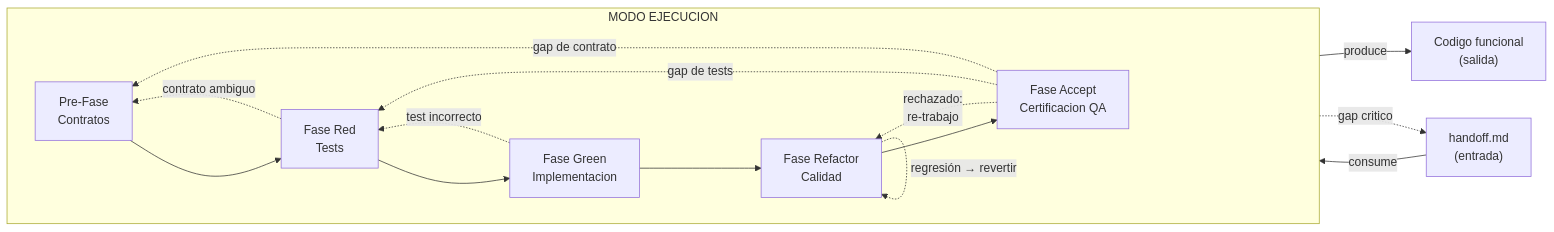
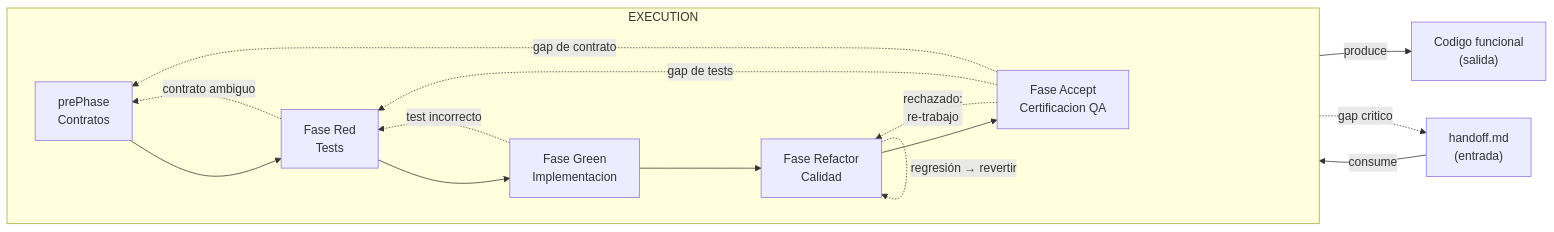
One commit to virgenherrera/idea-to-mvp changed the first of 6 diagrams in docs/execution/README.md. Above: the diagram before and after it, drawn with Mermaid. The commit also changed other lines of this file and 30 other files, not shown here.

````diff
--- a/docs/execution/README.md
+++ b/docs/execution/README.md
@@ -36,27 +48,27 @@
 ```mermaid
 flowchart LR
     HANDOFF["handoff.md\n(entrada)"]
 
-    subgraph EXEC["MODO EJECUCION"]
+    subgraph EXEC["EXECUTION"]
         direction LR
-        C["Pre-Fase\nContratos"]
+        C["prePhase\nContratos"]
         R["Fase Red\nTests"]
         G["Fase Green\nImplementacion"]
         RF["Fase Refactor\nCalidad"]
         A["Fase Accept\nCertificacion QA"]
         C --> R --> G --> RF --> A
     end
 
     CODE["Codigo funcional\n(salida)"]
 
     HANDOFF -->|"consume"| C
     A -->|"produce"| CODE
 
     A -.->|"rechazado:\nre-trabajo"| RF
     A -.->|"gap de tests"| R
     A -.->|"gap de contrato"| C
     RF -.->|"regresión → revertir"| RF
     G -.->|"test incorrecto"| R
     R -.->|"contrato ambiguo"| C
     C -.->|"gap critico"| HANDOFF
 ```
````
